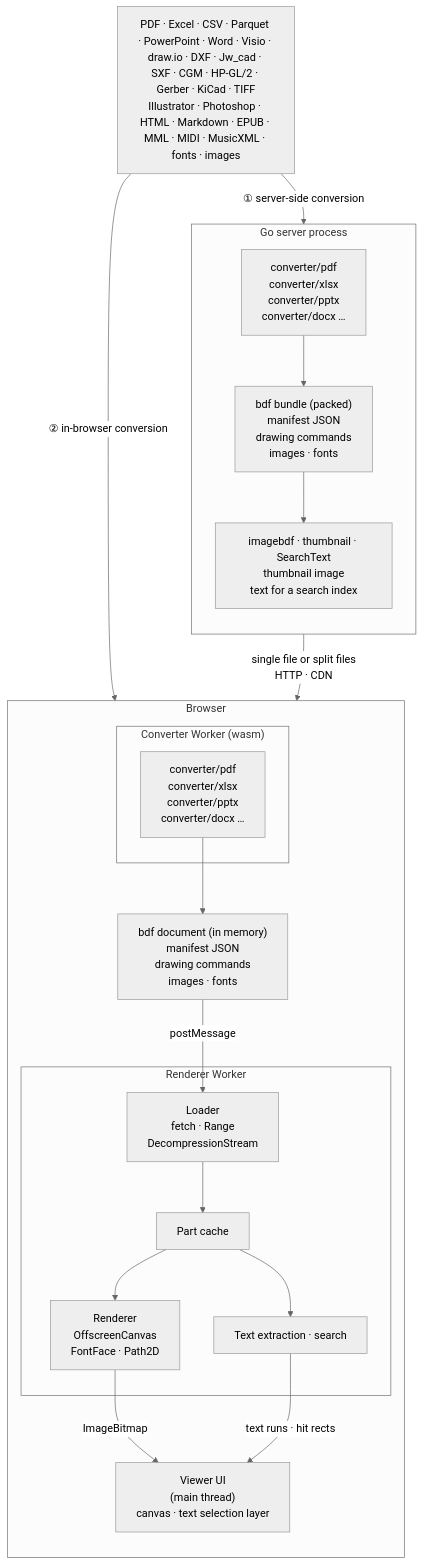
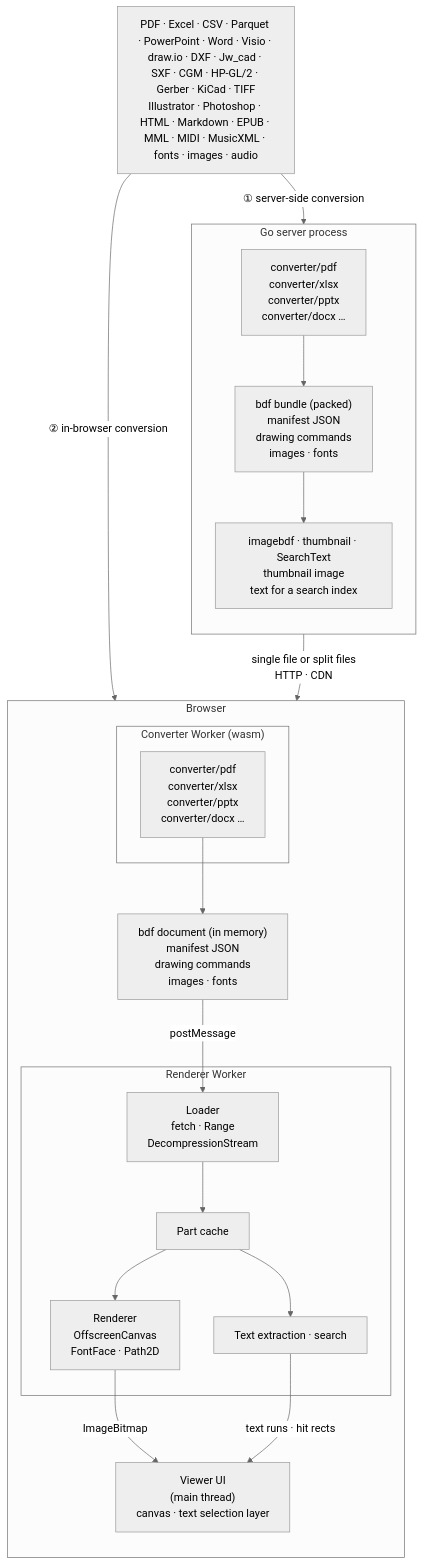
The diagram in docs/architecture/index.md (shibukawa/bdf), drawn with Mermaid (neutral theme) before and after one commit. The commit also changed 77 other files, not shown here.

````diff
--- a/docs/architecture/index.md
+++ b/docs/architecture/index.md
@@ -5,39 +5,39 @@
 ```mermaid
 flowchart TB
-    SRC["PDF · Excel · CSV · Parquet · PowerPoint · Word · Visio · draw.io · DXF · Jw_cad · SXF · CGM · HP-GL/2 · Gerber · KiCad · TIFF<br/>Illustrator · Photoshop · HTML · Markdown · EPUB · MML · MIDI · MusicXML · fonts · images"]
+    SRC["PDF · Excel · CSV · Parquet · PowerPoint · Word · Visio · draw.io · DXF · Jw_cad · SXF · CGM · HP-GL/2 · Gerber · KiCad · TIFF<br/>Illustrator · Photoshop · HTML · Markdown · EPUB · MML · MIDI · MusicXML · fonts · images · audio"]
 
     subgraph SERVER["Go server process"]
         direction TB
         SCONV["converter/pdf<br/>converter/xlsx<br/>converter/pptx<br/>converter/docx …"]
         BUNDLE["bdf bundle (packed)<br/>manifest JSON<br/>drawing commands<br/>images · fonts"]
         PREVIEW["imagebdf · thumbnail · SearchText<br/>thumbnail image<br/>text for a search index"]
         SCONV --> BUNDLE
         BUNDLE --> PREVIEW
     end
 
     subgraph BROWSER["Browser"]
         direction TB
         subgraph CWORKER["Converter Worker (wasm)"]
             WCONV["converter/pdf<br/>converter/xlsx<br/>converter/pptx<br/>converter/docx …"]
         end
         PARTS["bdf document (in memory)<br/>manifest JSON<br/>drawing commands<br/>images · fonts"]
         subgraph RWORKER["Renderer Worker"]
             LOADER["Loader<br/>fetch · Range<br/>DecompressionStream"]
             STORE["Part cache"]
             RENDER["Renderer<br/>OffscreenCanvas<br/>FontFace · Path2D"]
             TEXT["Text extraction · search"]
             LOADER --> STORE
             STORE --> RENDER
             STORE --> TEXT
         end
         UI["Viewer UI<br/>(main thread)<br/>canvas · text selection layer"]
         WCONV --> PARTS
     end
 
     SRC -- "① server-side conversion" --> SCONV
     SRC -- "② in-browser conversion" --> WCONV
     BUNDLE -- "single file or split files<br/>HTTP · CDN" --> LOADER
     PARTS -- "postMessage" --> LOADER
     RENDER -- "ImageBitmap" --> UI
     TEXT -- "text runs · hit rects" --> UI
 ```
````
